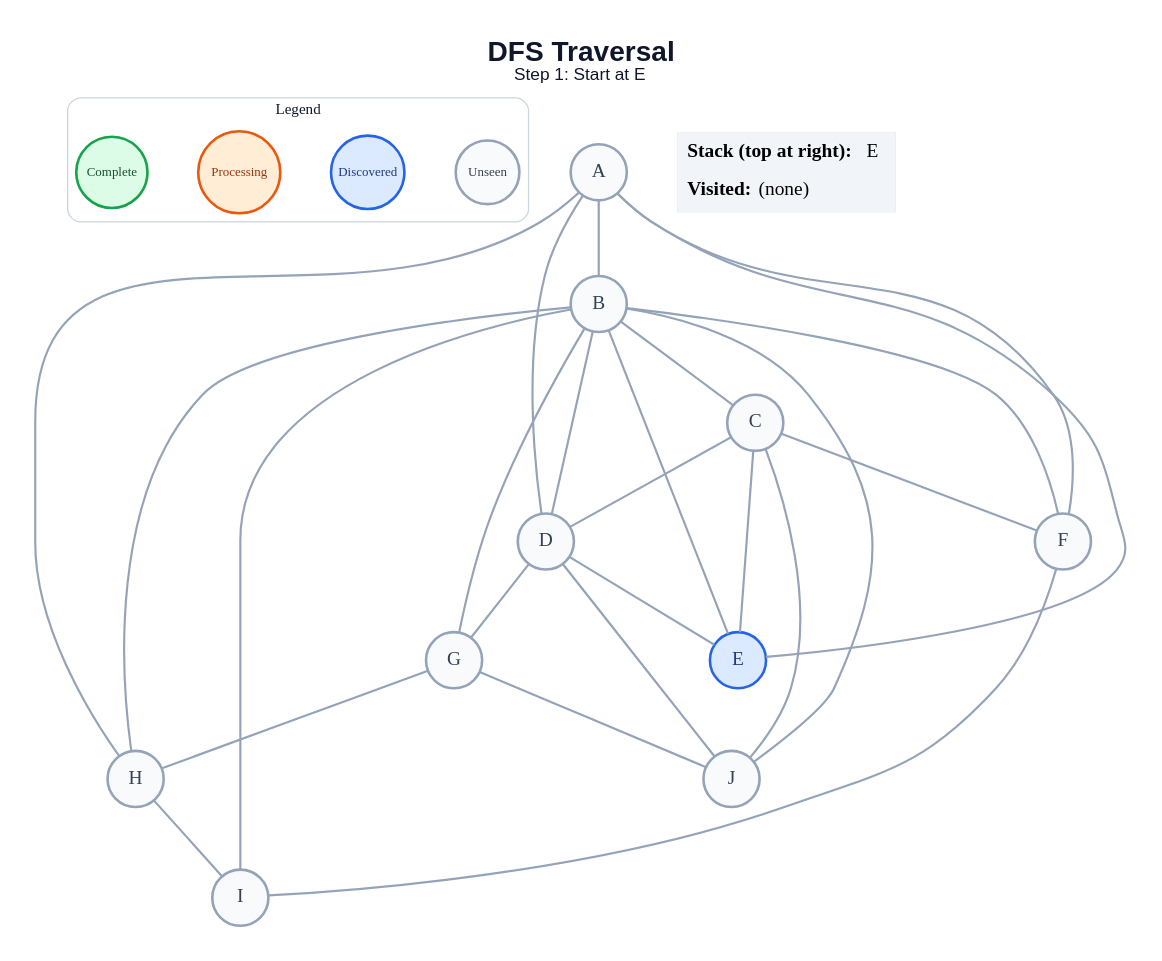
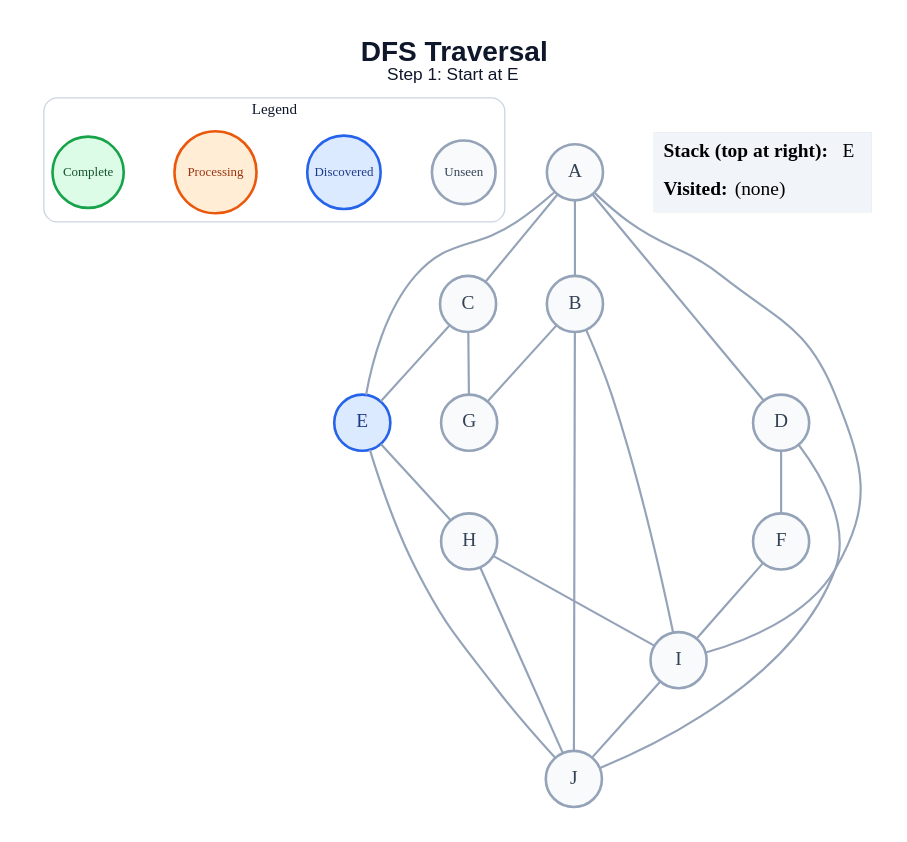
One commit to amanghodawala9/ai-slop changed the diagram in generated/specific-node/dfs/step_01.dot. Above: the diagram before and after it, drawn with Graphviz. The commit also changed 178 other files, not shown here.

```diff
--- a/generated/specific-node/dfs/step_01.dot
+++ b/generated/specific-node/dfs/step_01.dot
@@ -1,53 +1,47 @@
 graph traversal {
   graph [layout=dot, rankdir=TB, bgcolor="#FFFFFF", pad="0.35", nodesep="0.65", ranksep="0.8", fontname="Arial"];
   node [shape=circle, style="filled", fontname="Arial Bold", fontsize=18, width=0.72, fixedsize=true, penwidth=2.4];
   edge [color="#94A3B8", penwidth=2.0];
   label=<<B>DFS Traversal</B><BR/><FONT POINT-SIZE="16">Step 1: Start at E</FONT>>; labelloc="t"; fontsize=26; fontname="Arial"; fontcolor="#0F172A";
   subgraph cluster_legend { label="Legend"; color="#CBD5E1"; penwidth=1.2; style="rounded"; fontsize=14; fontname="Arial Bold";
     key_unseen [label="Unseen", fillcolor="#F8FAFC", color="#94A3B8", fontcolor="#334155", fontsize=12, width=0.82];
     key_frontier [label="Discovered", fillcolor="#DBEAFE", color="#2563EB", fontcolor="#1E3A8A", fontsize=12, width=0.95];
     key_current [label="Processing", fillcolor="#FFEDD5", color="#EA580C", fontcolor="#9A3412", fontsize=12, width=1.05];
     key_done [label="Complete", fillcolor="#DCFCE7", color="#16A34A", fontcolor="#14532D", fontsize=12, width=0.92];
     { rank=same; key_unseen; key_frontier; key_current; key_done; }
   }
   A [fillcolor="#F8FAFC", color="#94A3B8", fontcolor="#334155"];
   B [fillcolor="#F8FAFC", color="#94A3B8", fontcolor="#334155"];
   C [fillcolor="#F8FAFC", color="#94A3B8", fontcolor="#334155"];
   D [fillcolor="#F8FAFC", color="#94A3B8", fontcolor="#334155"];
   E [fillcolor="#DBEAFE", color="#2563EB", fontcolor="#1E3A8A"];
   F [fillcolor="#F8FAFC", color="#94A3B8", fontcolor="#334155"];
   G [fillcolor="#F8FAFC", color="#94A3B8", fontcolor="#334155"];
   H [fillcolor="#F8FAFC", color="#94A3B8", fontcolor="#334155"];
   I [fillcolor="#F8FAFC", color="#94A3B8", fontcolor="#334155"];
   J [fillcolor="#F8FAFC", color="#94A3B8", fontcolor="#334155"];
   A -- B;
+  A -- C;
   A -- D;
   A -- E;
-  A -- F;
-  A -- H;
-  B -- C;
-  B -- D;
-  B -- E;
-  B -- F;
+  A -- I;
   B -- G;
-  B -- H;
   B -- I;
   B -- J;
-  C -- D;
   C -- E;
-  C -- F;
-  C -- J;
-  D -- E;
-  D -- G;
+  C -- G;
+  D -- F;
   D -- J;
+  E -- H;
+  E -- J;
   F -- I;
-  G -- H;
-  G -- J;
   H -- I;
+  H -- J;
+  I -- J;
   status [shape=plain, fixedsize=false, width=0, height=0, margin=0, label=<
     <TABLE BORDER="0" CELLBORDER="0" CELLPADDING="7" BGCOLOR="#F1F5F9">
       <TR><TD ALIGN="LEFT"><B>Stack (top at right):</B> E</TD></TR>
       <TR><TD ALIGN="LEFT"><B>Visited:</B> (none)</TD></TR>
     </TABLE>
   >];
 }
```
